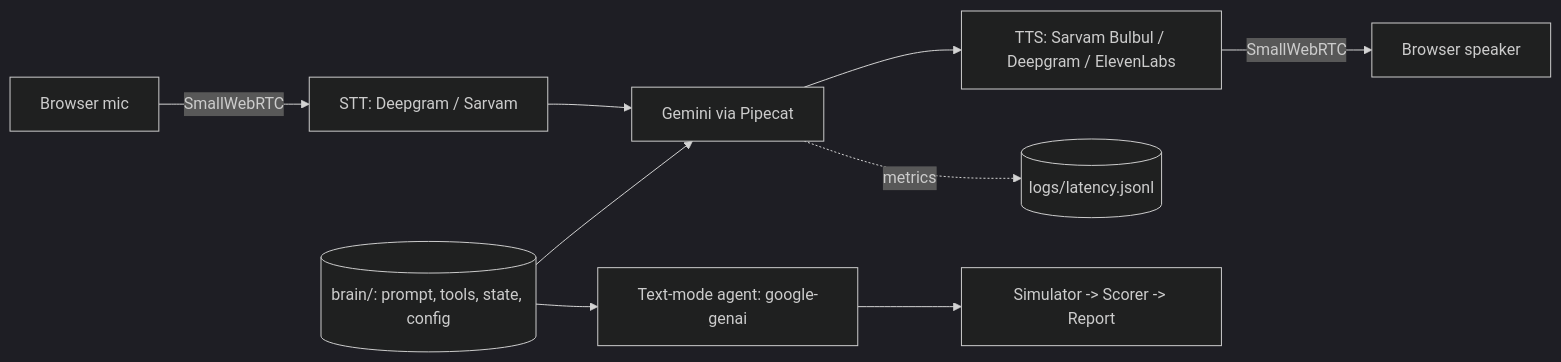
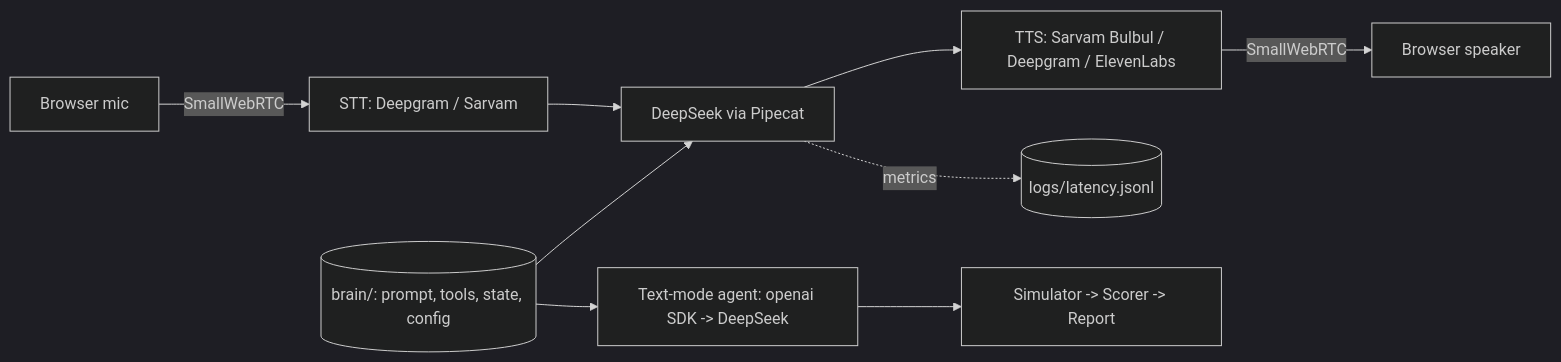
One commit to pragna2334-design/arrowhead-project changed the diagram in README.md. Above: the diagram before and after it, drawn with Mermaid (dark theme). The commit also changed other lines of this file and 7 other files, not shown here.

First line of the commit message:
Switch LLM from Gemini to DeepSeek (voice and text mode)

````diff
--- a/README.md
+++ b/README.md
@@ -12,11 +12,11 @@
 ```mermaid
 flowchart LR
     Mic[Browser mic] -->|SmallWebRTC| STT[STT: Deepgram / Sarvam]
-    STT --> LLM[Gemini via Pipecat]
+    STT --> LLM[DeepSeek via Pipecat]
     LLM --> TTS[TTS: Sarvam Bulbul / Deepgram / ElevenLabs]
     TTS -->|SmallWebRTC| Spk[Browser speaker]
     Brain[(brain/: prompt, tools, state, config)] --> LLM
-    Brain --> Sim[Text-mode agent: google-genai]
+    Brain --> Sim[Text-mode agent: openai SDK -> DeepSeek]
     Sim --> Eval[Simulator -> Scorer -> Report]
     LLM -.metrics.-> Lat[(logs/latency.jsonl)]
 ```
````
